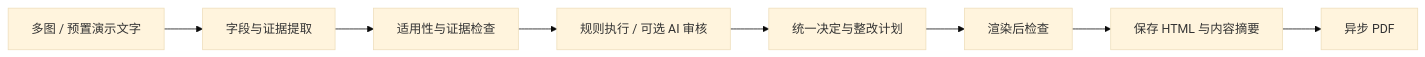
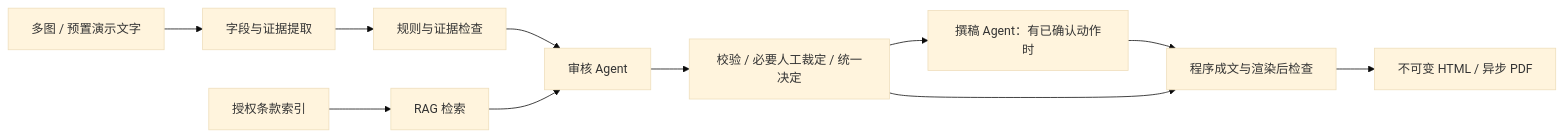
One commit to ccxcc065-a11y/food-label-review changed the diagram in README.md. Above: the diagram before and after it, drawn with Mermaid (base theme). The commit also changed other lines of this file and 1 other file, not shown here.

Commit message:
Explain the audit and writing agents, RAG retrieval and partial wiki layer

````diff
--- a/README.md
+++ b/README.md
@@ -61,10 +79,13 @@
 ```mermaid
 flowchart LR
   A[多图 / 预置演示文字] --> B[字段与证据提取]
-  B --> C[适用性与证据检查]
-  C --> D[规则执行 / 可选 AI 审核]
-  D --> E[统一决定与整改计划]
-  E --> F[渲染后检查]
-  F --> G[保存 HTML 与内容摘要]
-  G --> H[异步 PDF]
+  B --> C[规则与证据检查]
+  K[授权条款索引] --> R[RAG 检索]
+  C --> D[审核 Agent]
+  R --> D
+  D --> E[校验 / 必要人工裁定 / 统一决定]
+  E --> W[撰稿 Agent：有已确认动作时]
+  W --> F[程序成文与渲染后检查]
+  E --> F
+  F --> G[不可变 HTML / 异步 PDF]
 ```
````
